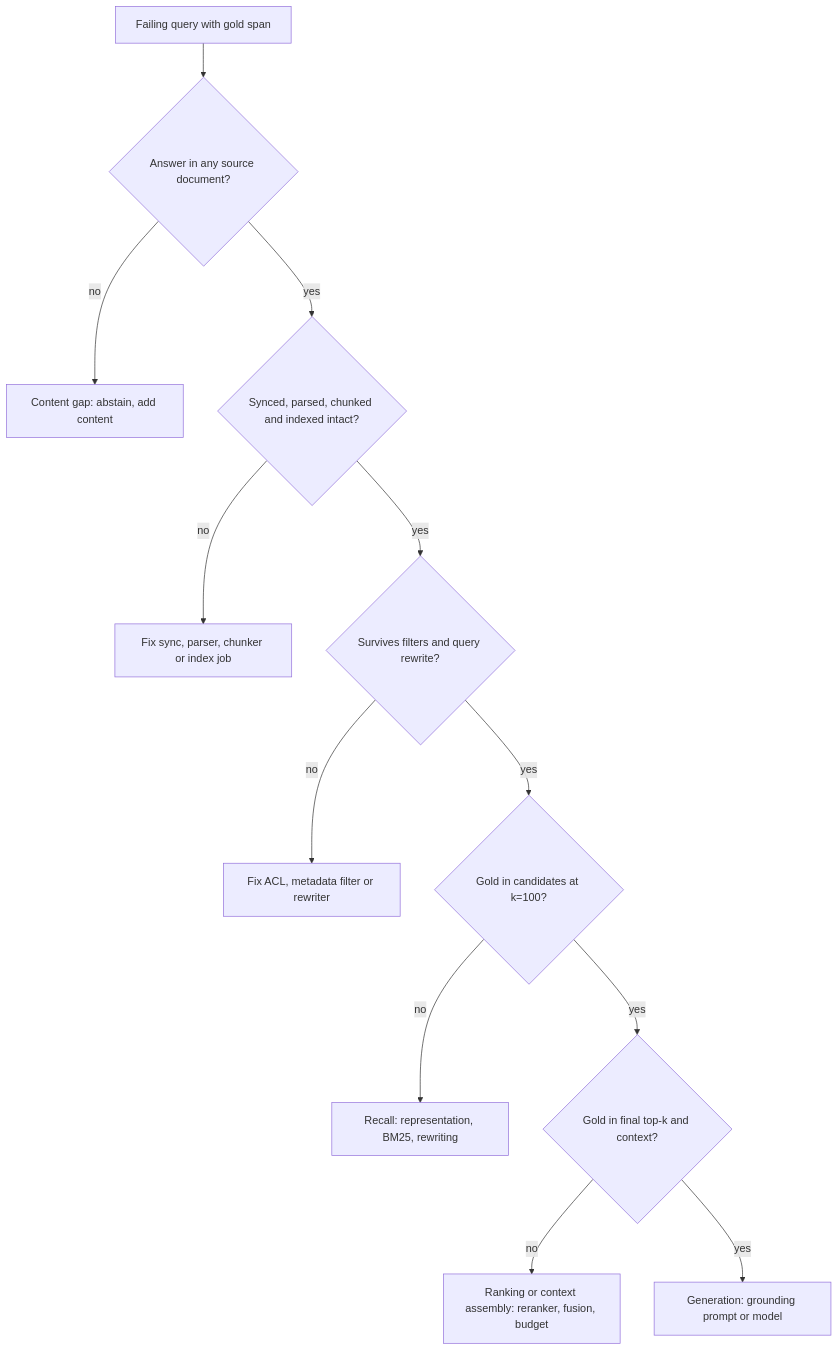
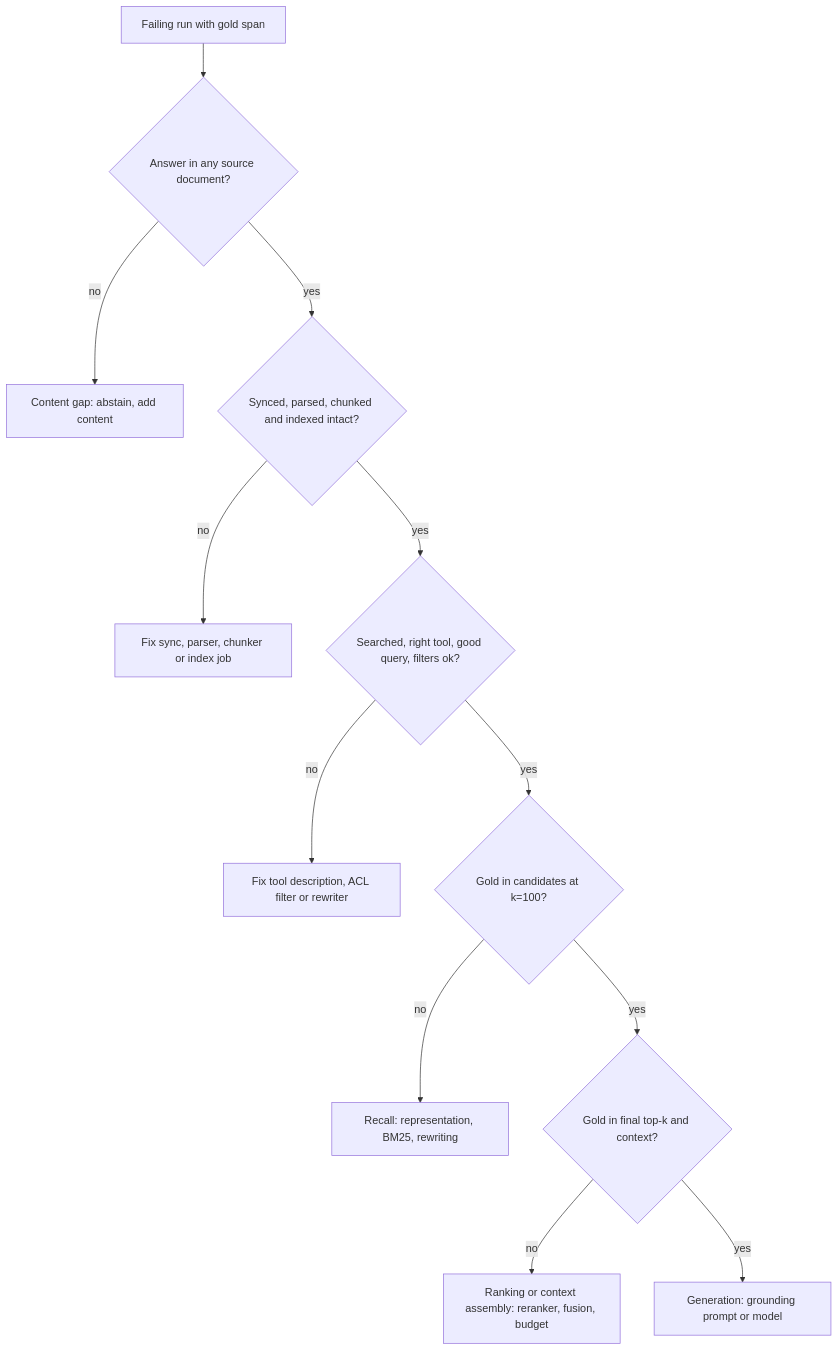
The diagram in content/rag-retrieval/retrieval-failure-diagnosis.md (lovishmahajan97/agentic-learning), drawn with Mermaid before and after one commit. The commit also changed other lines of this file and 266 other files, not shown here.

````diff
--- a/content/rag-retrieval/retrieval-failure-diagnosis.md
+++ b/content/rag-retrieval/retrieval-failure-diagnosis.md
@@ -107,14 +140,14 @@
 ```mermaid
 flowchart TD
-    Q["Failing query with gold span"] --> C{"Answer in any source document?"}
+    Q["Failing run with gold span"] --> C{"Answer in any source document?"}
     C -->|"no"| G1["Content gap: abstain, add content"]
     C -->|"yes"| P{"Synced, parsed, chunked and indexed intact?"}
     P -->|"no"| G2["Fix sync, parser, chunker or index job"]
-    P -->|"yes"| F{"Survives filters and query rewrite?"}
-    F -->|"no"| G3["Fix ACL, metadata filter or rewriter"]
+    P -->|"yes"| F{"Searched, right tool, good query, filters ok?"}
+    F -->|"no"| G3["Fix tool description, ACL filter or rewriter"]
     F -->|"yes"| R{"Gold in candidates at k=100?"}
     R -->|"no"| G4["Recall: representation, BM25, rewriting"]
     R -->|"yes"| K{"Gold in final top-k and context?"}
     K -->|"no"| G5["Ranking or context assembly: reranker, fusion, budget"]
     K -->|"yes"| G6["Generation: grounding prompt or model"]
 ```
````
